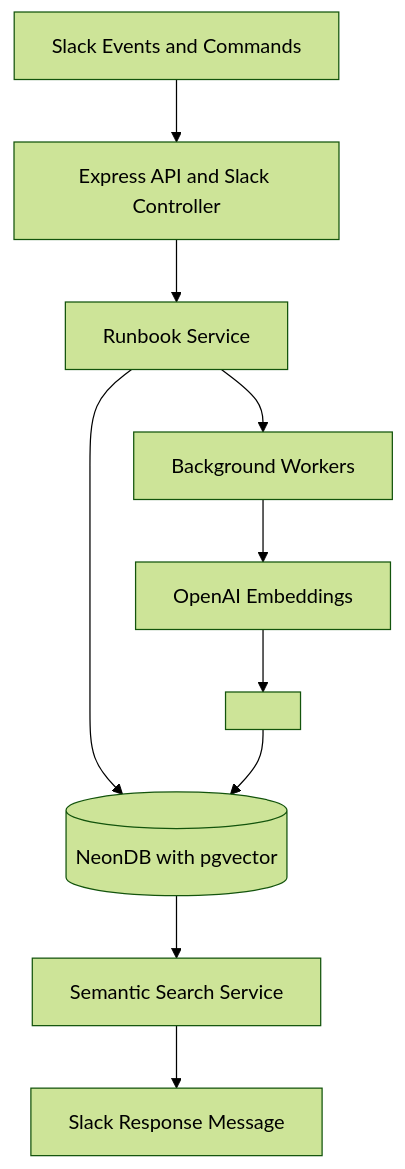
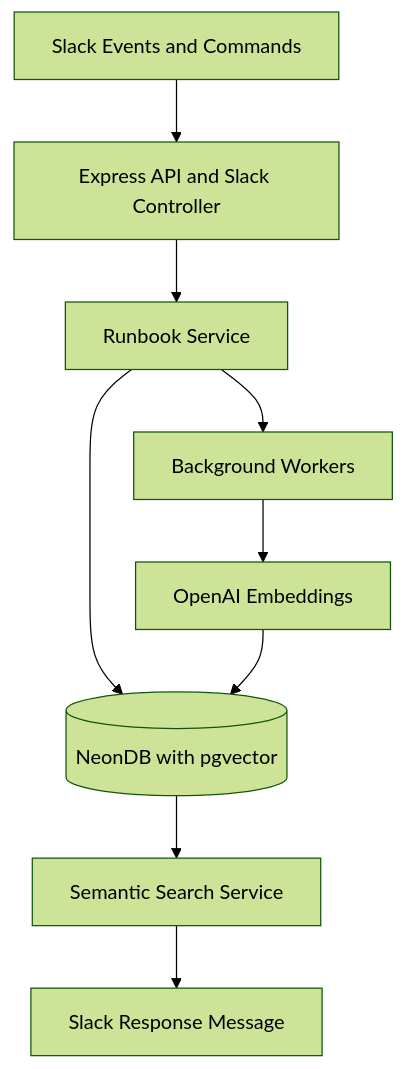
The second of 2 diagrams in README.md (merickarpat/meric.karpat), drawn with Mermaid (forest theme) before and after one commit. The commit also changed other lines of this file, not shown here.

````diff
--- a/README.md
+++ b/README.md
@@ -113,12 +107,11 @@
 ```mermaid
 flowchart TB
   A[Slack Events and Commands] --> B[Express API and Slack Controller]
   B --> C[Runbook Service]
   C --> D[(NeonDB with pgvector)]
   C --> G[Background Workers]
   G --> H[OpenAI Embeddings]
-  H --> X[ ]
-  X --> D
+  H --> D
   D --> E[Semantic Search Service]
   E --> F[Slack Response Message]
 ```
````
